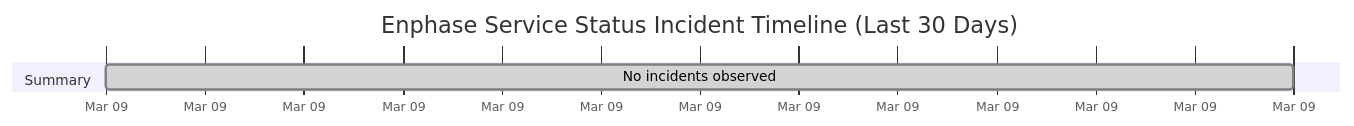
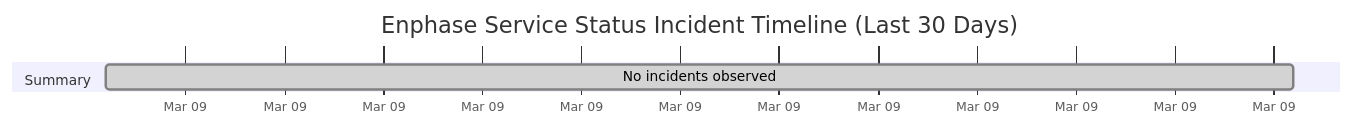
One commit to barneyonline/ha-enphase-ev-charger changed the diagram in wiki/Service-Status-History.md. Above: the diagram before and after it, drawn with Mermaid. The commit also changed other lines of this file and 3 other files, not shown here.

````diff
--- a/wiki/Service-Status-History.md
+++ b/wiki/Service-Status-History.md
@@ -14,8 +14,8 @@
 ```mermaid
 gantt
     title Enphase Service Status Incident Timeline (Last 30 Days)
     dateFormat  YYYY-MM-DDTHH:mm:ss
     axisFormat  %b %d
     section Summary
-    No incidents observed :done, 2026-03-09T20:23:15, 1m
+    No incidents observed :done, 2026-03-09T21:23:51, 1m
 ```
````
